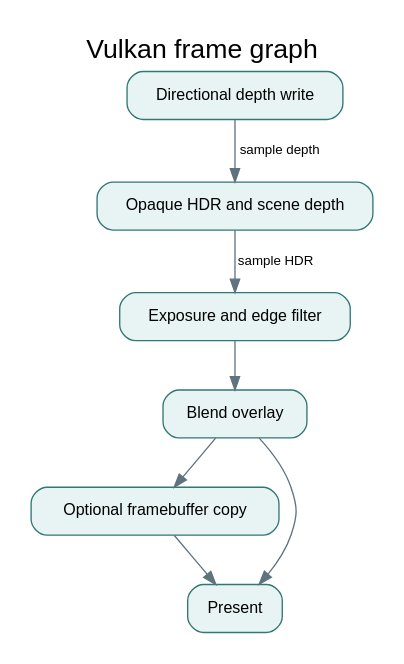
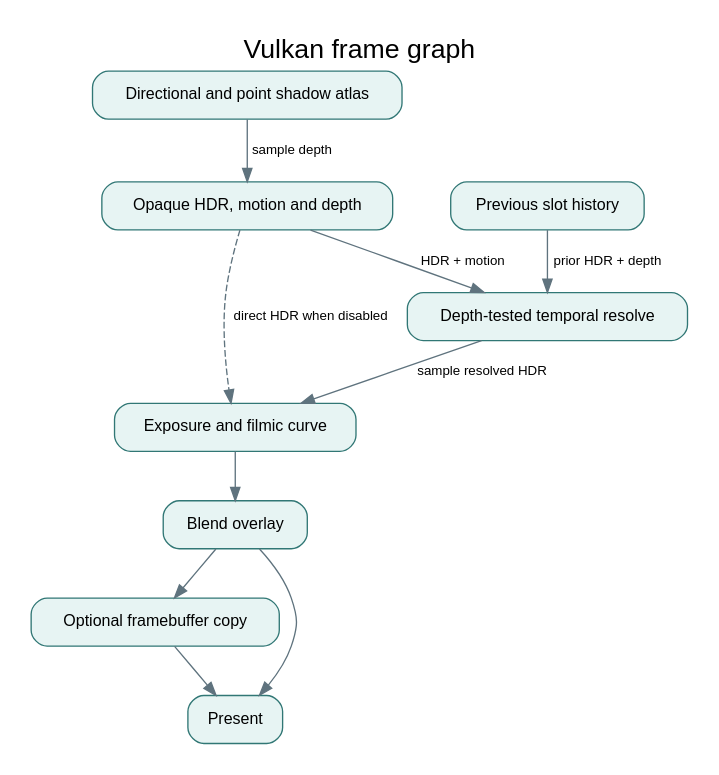
The diagram in docs/diagrams/render.dot (Aneesh495/emberfall), drawn with Graphviz before and after one commit. The commit also changed 29 other files, not shown here.

Commit message:
Resolve jittered HDR with depth-validated rigid motion history

```diff
--- a/docs/diagrams/render.dot
+++ b/docs/diagrams/render.dot
@@ -1,16 +1,21 @@
 digraph Emberfall {
   graph [rankdir=TB, bgcolor="#ffffff", pad=0.22, labelloc=t, fontname="Helvetica", fontsize=20, label="Vulkan frame graph"];
   node [shape=box, style="rounded,filled", fillcolor="#e7f4f3", color="#317775", fontname="Helvetica", fontsize=12, margin="0.18,0.11"];
   edge [color="#5f737e", fontname="Helvetica", fontsize=10];
 
- depth [label="Directional depth write"]
- scene [label="Opaque HDR and scene depth"]
- map [label="Exposure and edge filter"]
+ depth [label="Directional and point shadow atlas"]
+ scene [label="Opaque HDR, motion and depth"]
+ history [label="Previous slot history"]
+ temporal [label="Depth-tested temporal resolve"]
+ map [label="Exposure and filmic curve"]
  ui [label="Blend overlay"]
  read [label="Optional framebuffer copy"]
  present [label="Present"]
  depth -> scene [label="sample depth"]
- scene -> map [label="sample HDR"]
+ scene -> temporal [label="HDR + motion"]
+ history -> temporal [label="prior HDR + depth"]
+ temporal -> map [label="sample resolved HDR"]
+ scene -> map [label="direct HDR when disabled", style=dashed]
  map -> ui -> present
  ui -> read -> present
  }
```
